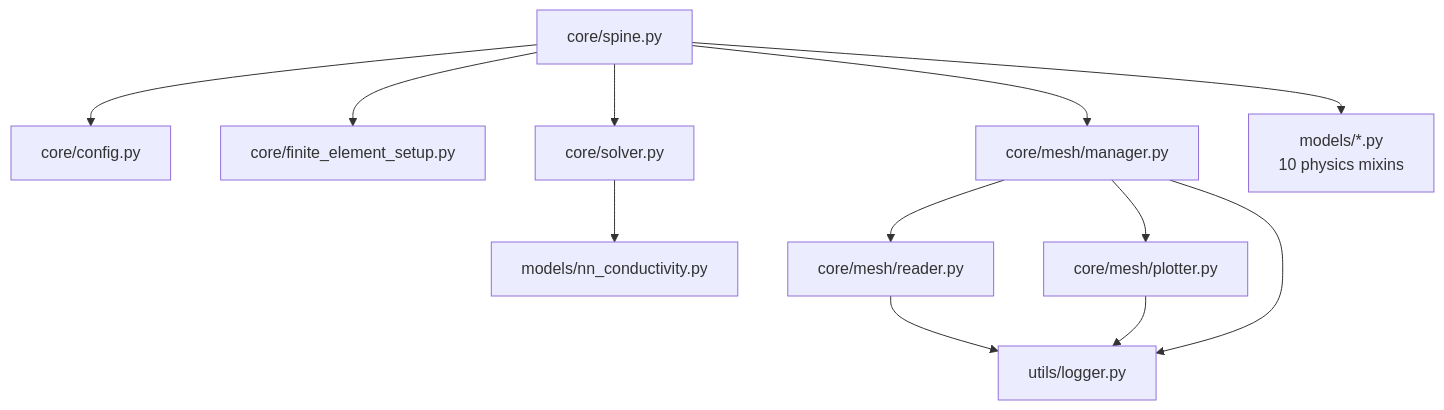
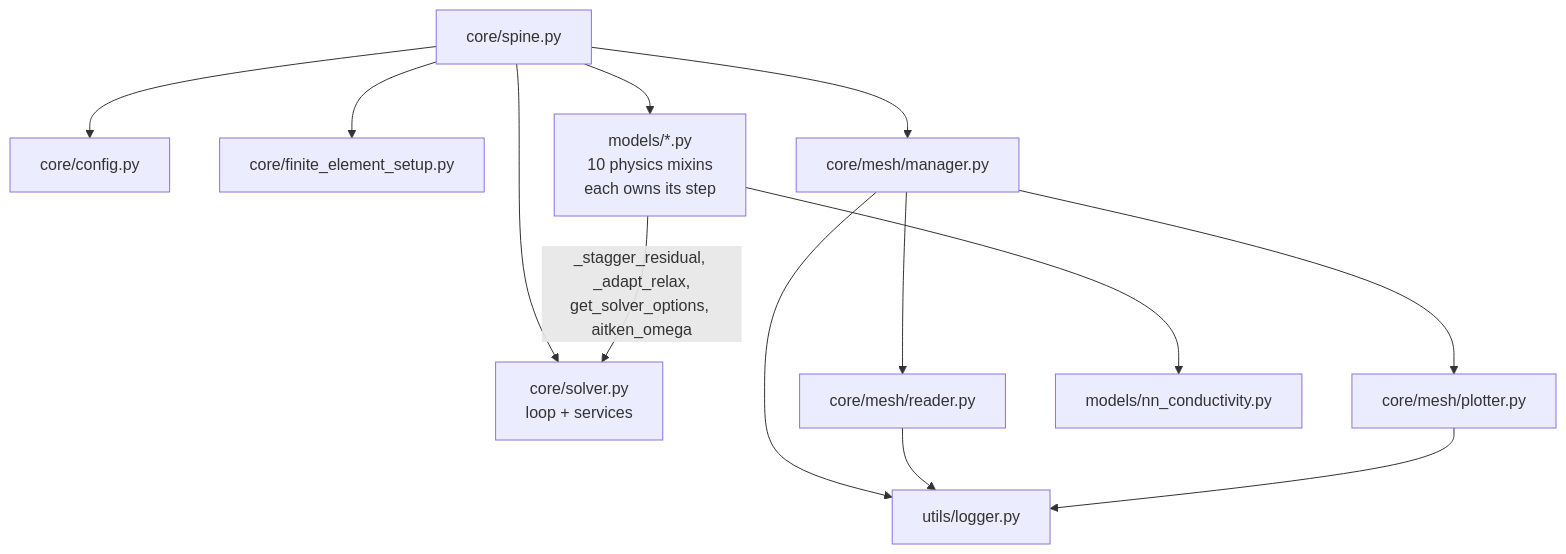
Before and after one commit to giozu/z3st: the second of 2 diagrams in docs/source/architecture.md, drawn with Mermaid. The commit also changed other lines of this file and 6 other files, not shown here.

````diff
--- a/docs/source/architecture.md
+++ b/docs/source/architecture.md
@@ -149,14 +152,15 @@
 ```mermaid
 flowchart TD
   spine[core/spine.py] --> config[core/config.py]
   spine --> fes[core/finite_element_setup.py]
-  spine --> solver[core/solver.py]
+  spine --> solver["core/solver.py<br/>loop + services"]
   spine --> manager[core/mesh/manager.py]
-  spine --> models[models/*.py<br/>10 physics mixins]
+  spine --> models["models/*.py<br/>10 physics mixins<br/>each owns its step"]
   manager --> reader[core/mesh/reader.py]
   manager --> plotter[core/mesh/plotter.py]
-  manager --> logging[utils/logger.py]
-  reader --> logging
-  plotter --> logging
-  solver --> nn[models/nn_conductivity.py]
+  manager --> logger[utils/logger.py]
+  reader --> logger
+  plotter --> logger
+  models -->|"_stagger_residual, _adapt_relax,<br/>get_solver_options, aitken_omega"| solver
+  models --> nn[models/nn_conductivity.py]
 ```
````
